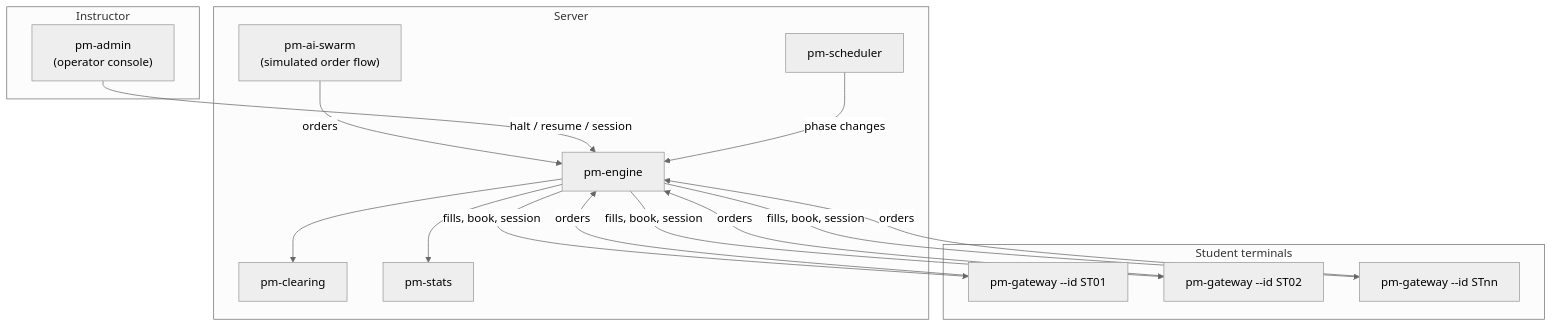
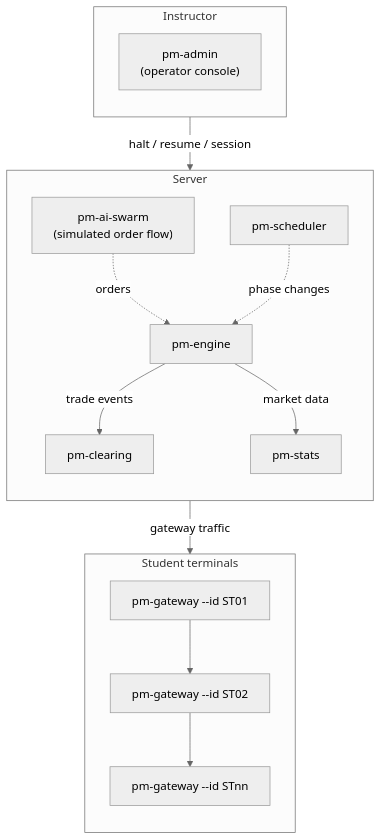
Before and after one commit to johan162/EduMatcher: the third of 3 diagrams in docs/user-guide/00-getting-started.md, drawn with Mermaid (neutral theme). The commit also changed 1 other file, not shown here.

Commit message:
Update mermaid graphs

````diff
--- a/docs/user-guide/00-getting-started.md
+++ b/docs/user-guide/00-getting-started.md
@@ -380,25 +380,31 @@
 ```mermaid
 flowchart TD
+    subgraph Instructor
+        direction TB
+        ADM["pm-admin\n(operator console)"]
+    end
     subgraph Server
+        direction TB
         ENG["pm-engine"]
         CLR["pm-clearing"]
         STAT["pm-stats"]
         SCH["pm-scheduler"]
         AI["pm-ai-swarm\n(simulated order flow)"]
     end
     subgraph Student terminals
+        direction TB
         GW1["pm-gateway --id ST01"]
         GW2["pm-gateway --id ST02"]
         GWN["pm-gateway --id STnn"]
     end
-    subgraph Instructor
-        ADM["pm-admin\n(operator console)"]
-    end
 
-    GW1 & GW2 & GWN -- "orders" --> ENG
-    AI -- "orders" --> ENG
     ADM -- "halt / resume / session" --> ENG
-    ENG -- "fills, book, session" --> GW1 & GW2 & GWN
-    ENG --> CLR & STAT
-    SCH -- "phase changes" --> ENG
+    ENG -- "gateway traffic" --> GW1
+    GW1 --> GW2
+    GW2 --> GWN
+
+    AI -. "orders" .-> ENG
+    SCH -. "phase changes" .-> ENG
+    ENG -- "trade events" --> CLR
+    ENG -- "market data" --> STAT
 ```
````
